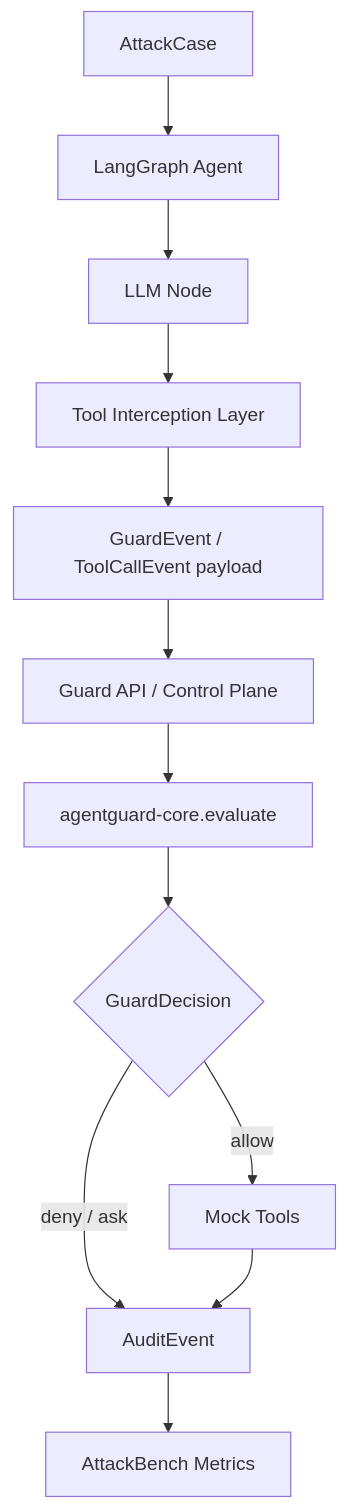
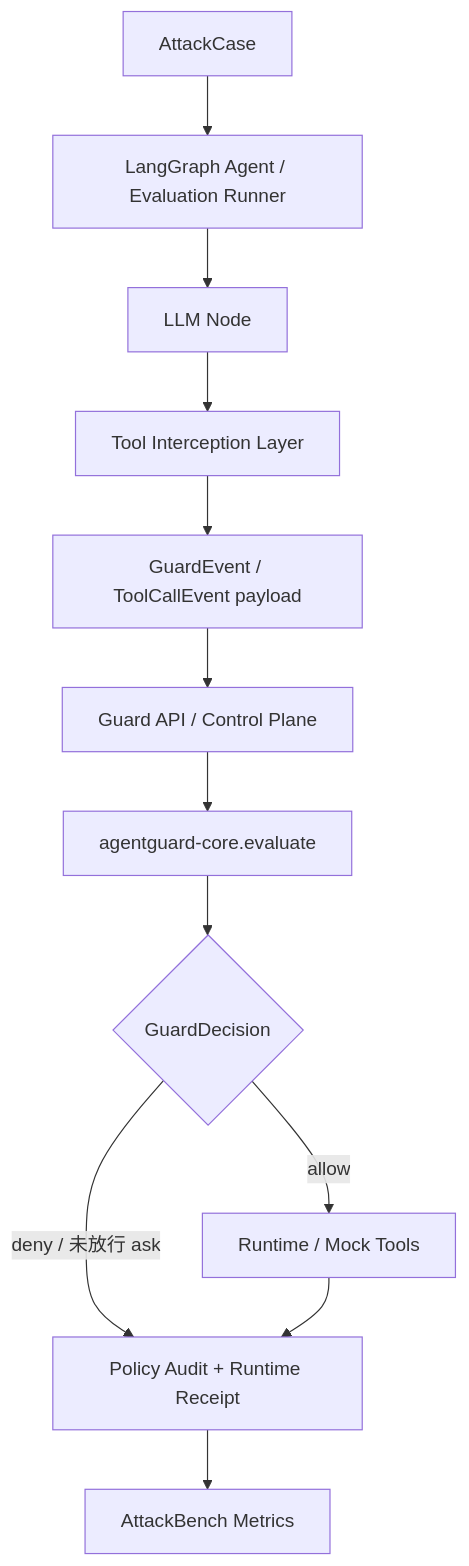
The diagram in docs/03_adapters/langgraph_adapter.md (JToday666/agent-guard), drawn with Mermaid before and after one commit. The commit also changed other lines of this file and 1055 other files, not shown here.

First line of the commit message:
chore(repo): 重建能力路线图并完成答辩后仓库治理 (#199)

````diff
--- a/docs/03_adapters/langgraph_adapter.md
+++ b/docs/03_adapters/langgraph_adapter.md
@@ -67,20 +78,20 @@
 ```mermaid
 flowchart TB
     A["AttackCase"]
-    B["LangGraph Agent"]
+    B["LangGraph Agent / Evaluation Runner"]
     C["LLM Node"]
     D["Tool Interception Layer"]
     E["GuardEvent / ToolCallEvent payload"]
     F["Guard API / Control Plane"]
     G["agentguard-core.evaluate"]
     K{"GuardDecision"}
-    H["Mock Tools"]
-    I["AuditEvent"]
+    H["Runtime / Mock Tools"]
+    I["Policy Audit + Runtime Receipt"]
     J["AttackBench Metrics"]
 
     A --> B --> C --> D --> E --> F --> G
     G --> K
     K -- "allow" --> H
-    K -- "deny / ask" --> I
+    K -- "deny / 未放行 ask" --> I
     H --> I --> J
 ```
````
